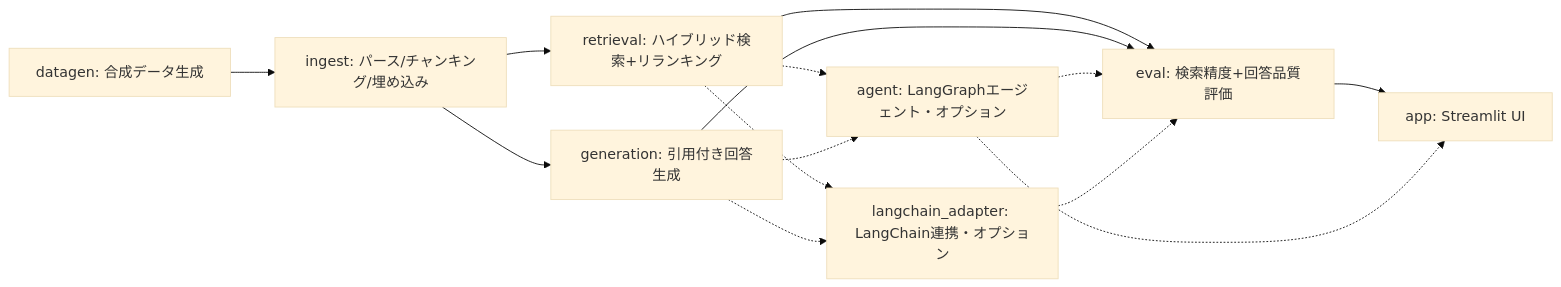
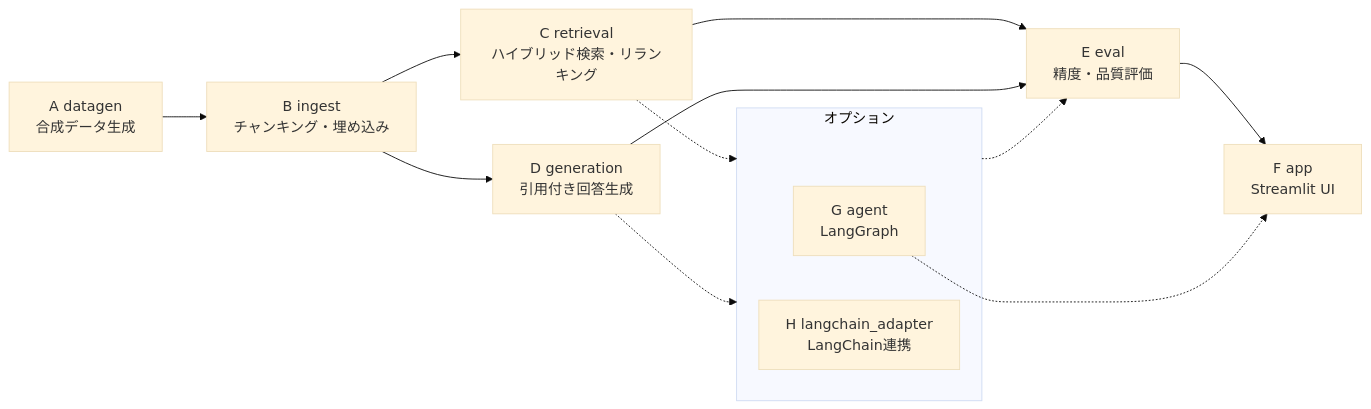
The first of 2 diagrams in README_ja.md (satoshi-abe-dev/silo-rag), drawn with Mermaid (base theme) before and after one commit. The commit also changed other lines of this file and 1 other file, not shown here.

Commit message:
Untangle the architecture diagram: short labels, optional nodes grouped
The Mermaid graph had long single-line labels and crossing dotted edges
(G and H each connected to C, D, E and F separately). Use two-line labels,
put the optional nodes G and H in one subgraph, and add a legend line.
Dependencies are unchanged.

````diff
--- a/README_ja.md
+++ b/README_ja.md
@@ -159,16 +159,17 @@
 ```mermaid
 graph LR
-    A[datagen: 合成データ生成] --> B[ingest: パース/チャンキング/埋め込み]
-    B --> C[retrieval: ハイブリッド検索+リランキング]
-    B --> D[generation: 引用付き回答生成]
-    C --> E[eval: 検索精度+回答品質評価]
+    A["A datagen<br/>合成データ生成"] --> B["B ingest<br/>チャンキング・埋め込み"]
+    B --> C["C retrieval<br/>ハイブリッド検索・リランキング"]
+    B --> D["D generation<br/>引用付き回答生成"]
+    C --> E["E eval<br/>精度・品質評価"]
     D --> E
-    E --> F[app: Streamlit UI]
-    C -.-> G[agent: LangGraphエージェント・オプション]
-    D -.-> G
-    G -.-> E
+    E --> F["F app<br/>Streamlit UI"]
+    subgraph opt["オプション"]
+        G["G agent<br/>LangGraph"]
+        H["H langchain_adapter<br/>LangChain連携"]
+    end
+    C -.-> opt
+    D -.-> opt
+    opt -.-> E
     G -.-> F
-    C -.-> H[langchain_adapter: LangChain連携・オプション]
-    D -.-> H
-    H -.-> E
 ```
````
